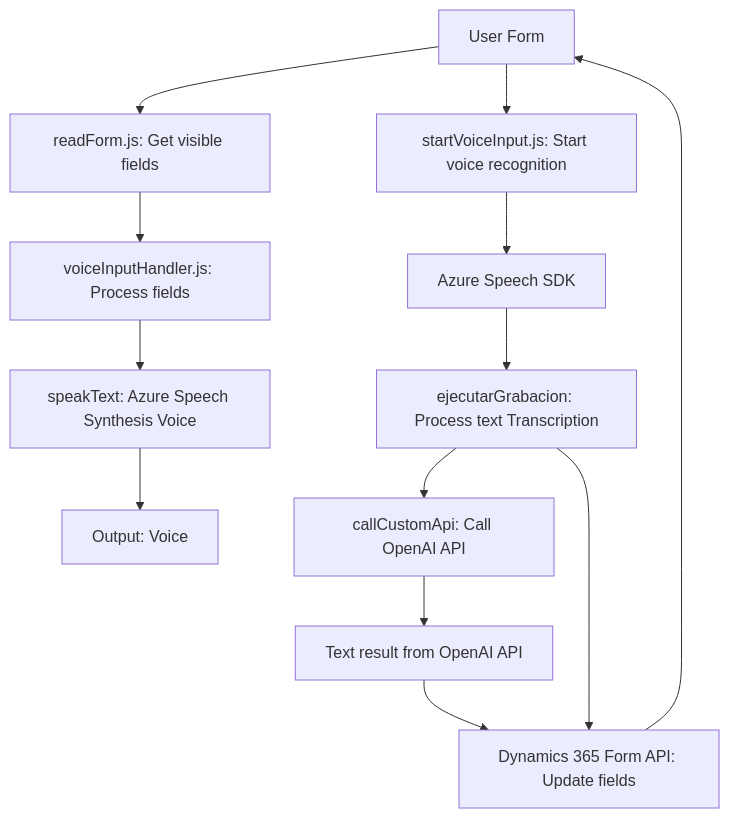
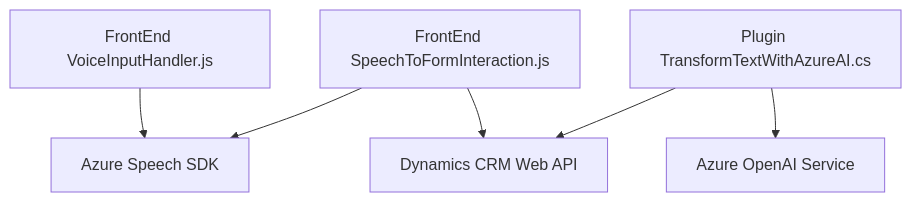
Before and after one commit to blopezdm/NETCORE_BILBAO2025: the diagram in README.md, drawn with Mermaid. The commit also changed other lines of this file, not shown here.

````diff
--- a/README.md
+++ b/README.md
@@ -44,15 +47,15 @@
 ```mermaid
 graph TD
-    A["User Form"] --> B["readForm.js: Get visible fields"]
-    B --> C["voiceInputHandler.js: Process fields"]
-    C --> D["speakText: Azure Speech Synthesis Voice"]
-    A --> E["startVoiceInput.js: Start voice recognition"]
-    E --> F["Azure Speech SDK"]
-    F --> G["ejecutarGrabacion: Process text Transcription"]
-    G --> H["callCustomApi: Call OpenAI API"]
-    D --> I["Output: Voice"]
-    H --> J["Text result from OpenAI API"]
-    J --> K["Dynamics 365 Form API: Update fields"]
-    K --> A
-    G --> K
+    A["FrontEnd VoiceInputHandler.js"]
+    B["FrontEnd SpeechToFormInteraction.js"]
+    C["Plugin TransformTextWithAzureAI.cs"]
+    D["Azure Speech SDK"]
+    E["Dynamics CRM Web API"]
+    F["Azure OpenAI Service"]
+
+    A --> D
+    B --> D
+    B --> E
+    C --> E
+    C --> F
 ```
````
